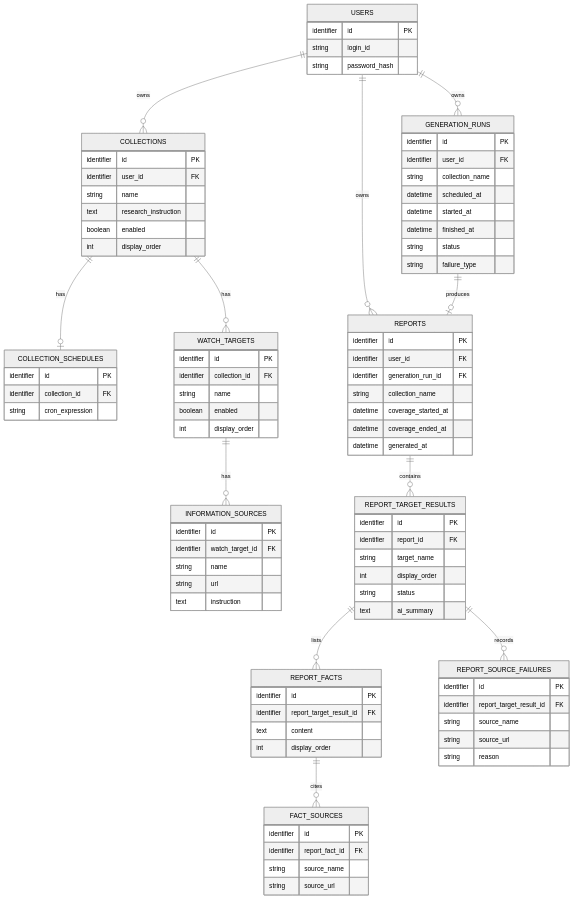
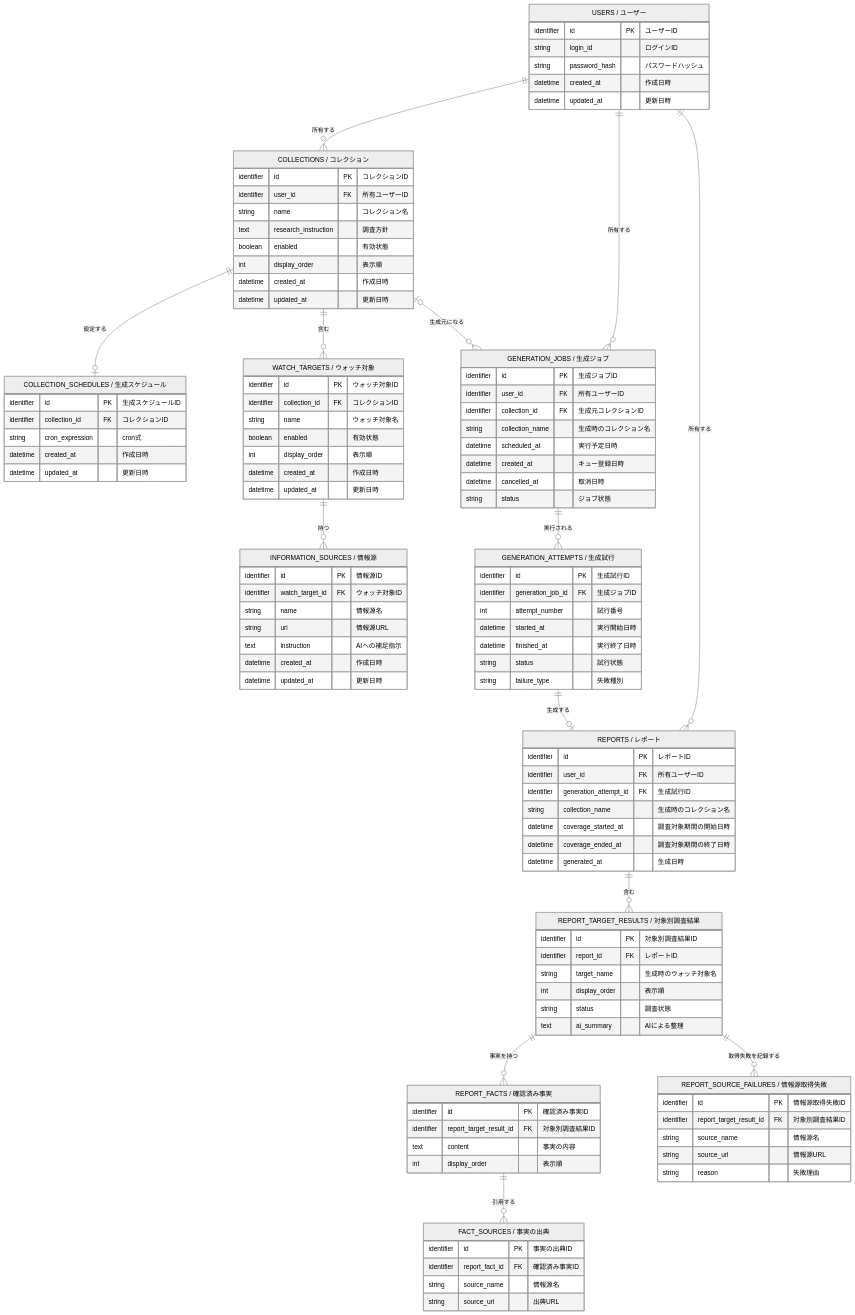
One commit to smofktn/watchbrief changed the diagram in docs/domain-model.md. Above: the diagram before and after it, drawn with Mermaid (neutral theme). The commit also changed other lines of this file, not shown here.

````diff
--- a/docs/domain-model.md
+++ b/docs/domain-model.md
@@ -16,105 +32,127 @@
 ```mermaid
 erDiagram
-    USERS ||--o{ COLLECTIONS : owns
-    COLLECTIONS ||--o| COLLECTION_SCHEDULES : has
-    COLLECTIONS ||--o{ WATCH_TARGETS : has
-    WATCH_TARGETS ||--o{ INFORMATION_SOURCES : has
+    USERS ||--o{ COLLECTIONS : 所有する
+    COLLECTIONS ||--o| COLLECTION_SCHEDULES : 設定する
+    COLLECTIONS ||--o{ WATCH_TARGETS : 含む
+    WATCH_TARGETS ||--o{ INFORMATION_SOURCES : 持つ
 
-    USERS ||--o{ GENERATION_RUNS : owns
-    USERS ||--o{ REPORTS : owns
-    GENERATION_RUNS ||--o| REPORTS : produces
+    USERS ||--o{ GENERATION_JOBS : 所有する
+    USERS ||--o{ REPORTS : 所有する
+    COLLECTIONS o|--o{ GENERATION_JOBS : 生成元になる
+    GENERATION_JOBS ||--o{ GENERATION_ATTEMPTS : 実行される
+    GENERATION_ATTEMPTS ||--o| REPORTS : 生成する
 
-    REPORTS ||--o{ REPORT_TARGET_RESULTS : contains
-    REPORT_TARGET_RESULTS ||--o{ REPORT_FACTS : lists
-    REPORT_FACTS ||--o{ FACT_SOURCES : cites
-    REPORT_TARGET_RESULTS ||--o{ REPORT_SOURCE_FAILURES : records
+    REPORTS ||--o{ REPORT_TARGET_RESULTS : 含む
+    REPORT_TARGET_RESULTS ||--o{ REPORT_FACTS : 事実を持つ
+    REPORT_FACTS ||--o{ FACT_SOURCES : 引用する
+    REPORT_TARGET_RESULTS ||--o{ REPORT_SOURCE_FAILURES : 取得失敗を記録する
 
-    USERS {
-        identifier id PK
-        string login_id
-        string password_hash
+    USERS["USERS / ユーザー"] {
+        identifier id PK "ユーザーID"
+        string login_id "ログインID"
+        string password_hash "パスワードハッシュ"
+        datetime created_at "作成日時"
+        datetime updated_at "更新日時"
     }
 
-    COLLECTIONS {
-        identifier id PK
-        identifier user_id FK
-        string name
-        text research_instruction
-        boolean enabled
-        int display_order
+    COLLECTIONS["COLLECTIONS / コレクション"] {
+        identifier id PK "コレクションID"
+        identifier user_id FK "所有ユーザーID"
+        string name "コレクション名"
+        text research_instruction "調査方針"
+        boolean enabled "有効状態"
+        int display_order "表示順"
+        datetime created_at "作成日時"
+        datetime updated_at "更新日時"
     }
 
-    COLLECTION_SCHEDULES {
-        identifier id PK
-        identifier collection_id FK
-        string cron_expression
+    COLLECTION_SCHEDULES["COLLECTION_SCHEDULES / 生成スケジュール"] {
+        identifier id PK "生成スケジュールID"
+        identifier collection_id FK "コレクションID"
+        string cron_expression "cron式"
+        datetime created_at "作成日時"
+        datetime updated_at "更新日時"
     }
 
-    WATCH_TARGETS {
-        identifier id PK
-        identifier collection_id FK
-        string name
-        boolean enabled
-        int display_order
+    WATCH_TARGETS["WATCH_TARGETS / ウォッチ対象"] {
+        identifier id PK "ウォッチ対象ID"
+        identifier collection_id FK "コレクションID"
+        string name "ウォッチ対象名"
+        boolean enabled "有効状態"
+        int display_order "表示順"
+        datetime created_at "作成日時"
+        datetime updated_at "更新日時"
     }
 
-    INFORMATION_SOURCES {
-        identifier id PK
-        identifier watch_target_id FK
-        string name
-        string url
-        text instruction
+    INFORMATION_SOURCES["INFORMATION_SOURCES / 情報源"] {
+        identifier id PK "情報源ID"
+        identifier watch_target_id FK "ウォッチ対象ID"
+        string name "情報源名"
+        string url "情報源URL"
+        text instruction "AIへの補足指示"
+        datetime created_at "作成日時"
+        datetime updated_at "更新日時"
     }
 
-    GENERATION_RUNS {
-        identifier id PK
-        identifier user_id FK
-        string collection_name
-        datetime scheduled_at
-        datetime started_at
-        datetime finished_at
-        string status
-        string failure_type
+    GENERATION_JOBS["GENERATION_JOBS / 生成ジョブ"] {
+        identifier id PK "生成ジョブID"
+        identifier user_id FK "所有ユーザーID"
+        identifier collection_id FK "生成元コレクションID"
+        string collection_name "生成時のコレクション名"
+        datetime scheduled_at "実行予定日時"
+        datetime created_at "キュー登録日時"
+        datetime cancelled_at "取消日時"
+        string status "ジョブ状態"
     }
 
-    REPORTS {
-        identifier id PK
-        identifier user_id FK
-        identifier generation_run_id FK
-        string collection_name
-        datetime coverage_started_at
-        datetime coverage_ended_at
-        datetime generated_at
+    GENERATION_ATTEMPTS["GENERATION_ATTEMPTS / 生成試行"] {
+        identifier id PK "生成試行ID"
+        identifier generation_job_id FK "生成ジョブID"
+        int attempt_number "試行番号"
+        datetime started_at "実行開始日時"
+        datetime finished_at "実行終了日時"
+        string status "試行状態"
+        string failure_type "失敗種別"
     }
 
-    REPORT_TARGET_RESULTS {
-        identifier id PK
-        identifier report_id FK
-        string target_name
-        int display_order
-        string status
-        text ai_summary
+    REPORTS["REPORTS / レポート"] {
+        identifier id PK "レポートID"
+        identifier user_id FK "所有ユーザーID"
+        identifier generation_attempt_id FK "生成試行ID"
+        string collection_name "生成時のコレクション名"
+        datetime coverage_started_at "調査対象期間の開始日時"
+        datetime coverage_ended_at "調査対象期間の終了日時"
+        datetime generated_at "生成日時"
     }
 
-    REPORT_FACTS {
-        identifier id PK
-        identifier report_target_result_id FK
-        text content
-        int display_order
+    REPORT_TARGET_RESULTS["REPORT_TARGET_RESULTS / 対象別調査結果"] {
+        identifier id PK "対象別調査結果ID"
+        identifier report_id FK "レポートID"
+        string target_name "生成時のウォッチ対象名"
+        int display_order "表示順"
+        string status "調査状態"
+        text ai_summary "AIによる整理"
     }
 
-    FACT_SOURCES {
-        identifier id PK
-        identifier report_fact_id FK
-        string source_name
-        string source_url
+    REPORT_FACTS["REPORT_FACTS / 確認済み事実"] {
+        identifier id PK "確認済み事実ID"
+        identifier report_target_result_id FK "対象別調査結果ID"
+        text content "事実の内容"
+        int display_order "表示順"
     }
 
-    REPORT_SOURCE_FAILURES {
-        identifier id PK
-        identifier report_target_result_id FK
-        string source_name
-        string source_url
-        string reason
+    FACT_SOURCES["FACT_SOURCES / 事実の出典"] {
+        identifier id PK "事実の出典ID"
+        identifier report_fact_id FK "確認済み事実ID"
+        string source_name "情報源名"
+        string source_url "出典URL"
+    }
+
+    REPORT_SOURCE_FAILURES["REPORT_SOURCE_FAILURES / 情報源取得失敗"] {
+        identifier id PK "情報源取得失敗ID"
+        identifier report_target_result_id FK "対象別調査結果ID"
+        string source_name "情報源名"
+        string source_url "情報源URL"
+        string reason "失敗理由"
     }
 ```
````
